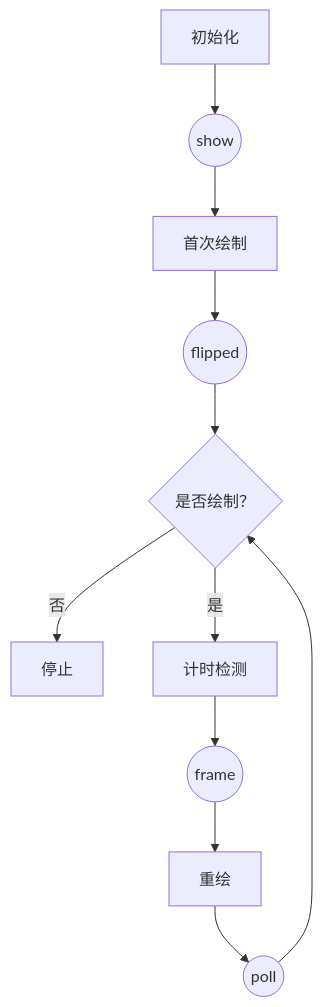
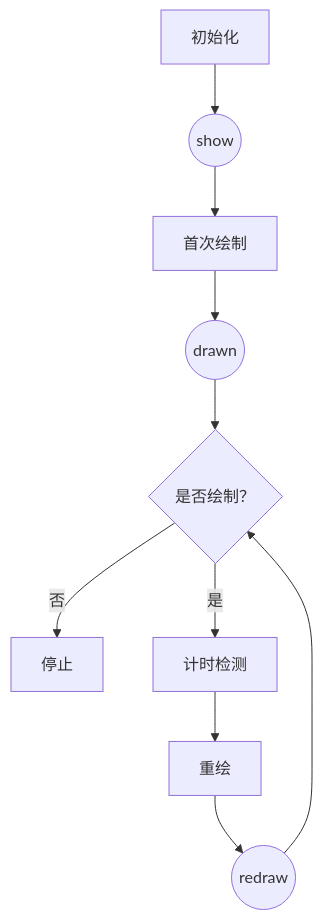
One commit to bluebonesx/psychopy-scene changed the diagram in README-zh.md. Above: the diagram before and after it, drawn with Mermaid. The commit also changed other lines of this file and 7 other files, not shown here.

````diff
--- a/README-zh.md
+++ b/README-zh.md
@@ -168,6 +177,6 @@
 ```mermaid
 graph TD
-初始化 --> s((show)) --> 首次绘制 --> f((flipped)) --> c{是否绘制？}
+初始化 --> s((show)) --> 首次绘制 --> d((drawn)) --> c{是否绘制？}
 c -->|否| 停止
-c -->|是| 计时检测 --> a((frame)) --> 重绘 --> p((poll)) --> c
+c -->|是| 计时检测 --> 重绘 --> r((redraw)) --> c
 ```
````
